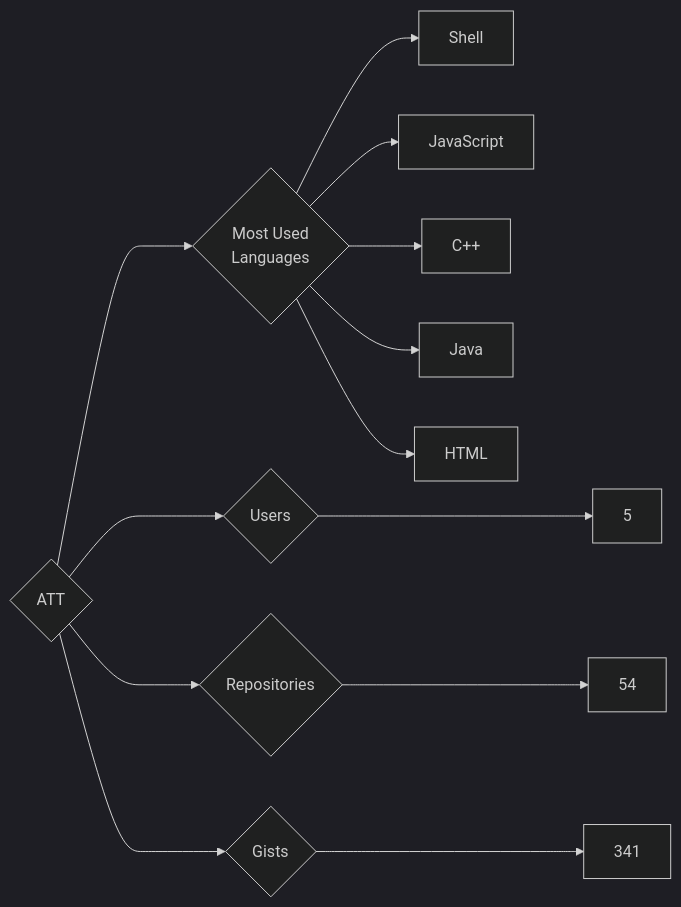
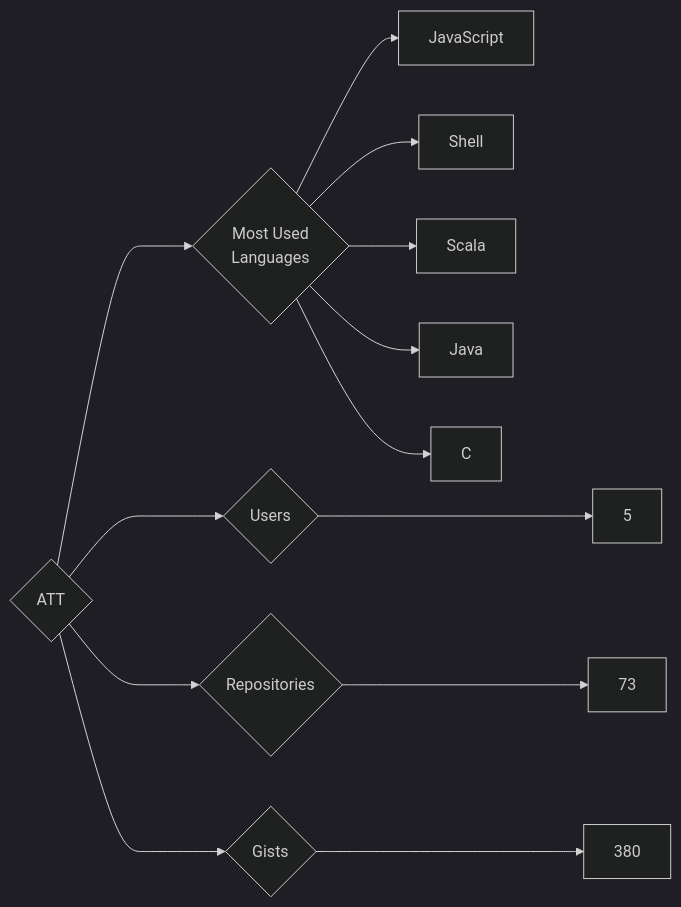
Before and after one commit to trickest/insiders: the diagram in targets/ATT/README.md, drawn with Mermaid (dark theme). The commit also changed 772 other files, not shown here.

````diff
--- a/targets/ATT/README.md
+++ b/targets/ATT/README.md
@@ -3,13 +3,13 @@
 ```mermaid
 graph LR
 COMPANY_NAME{ATT}
 COMPANY_NAME ---> U{Users} ---> UN[5]
-COMPANY_NAME ---> R{Repositories} ---> RN[54]
-COMPANY_NAME ---> G{Gists} ---> GN[341]
+COMPANY_NAME ---> R{Repositories} ---> RN[73]
+COMPANY_NAME ---> G{Gists} ---> GN[380]
 COMPANY_NAME ---> ML{Most Used<br>Languages}
+ML --> JavaScript[JavaScript]
 ML --> Shell[Shell]
-ML --> JavaScript[JavaScript]
-ML --> C++[C++]
+ML --> Scala[Scala]
 ML --> Java[Java]
-ML --> HTML[HTML]
+ML --> C[C]
 ```
````
